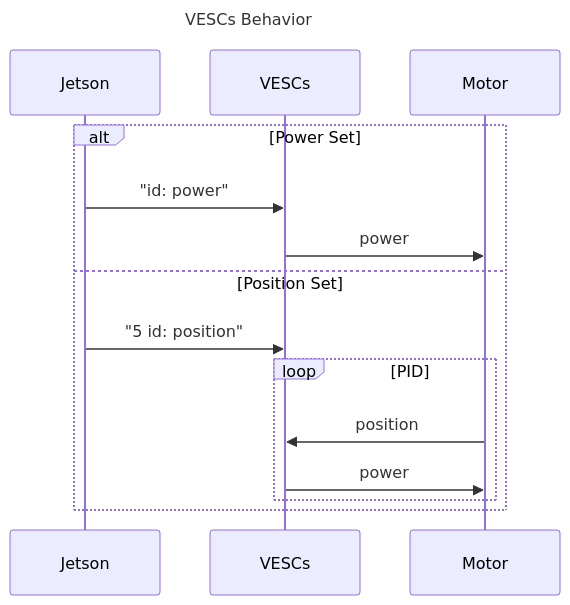
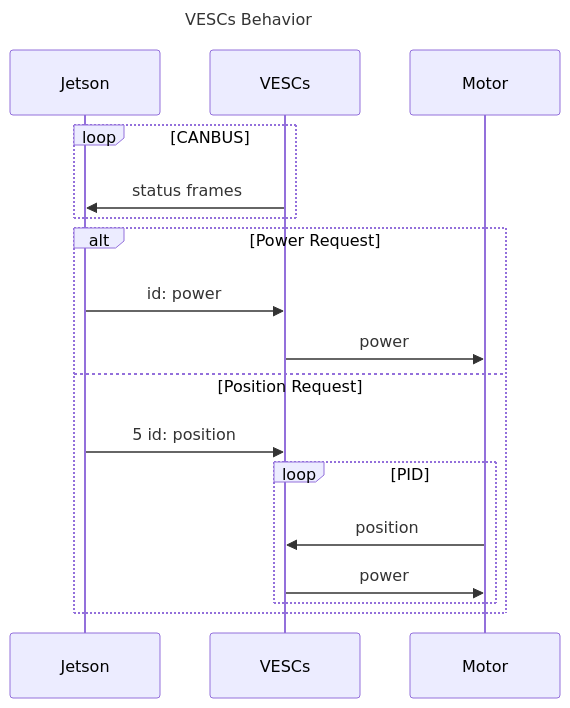
Before and after one commit to GOFIRST-Robotics/Lunabotics: the third of 3 diagrams in README.md, drawn with Mermaid. The commit also changed other lines of this file, not shown here.

````diff
--- a/README.md
+++ b/README.md
@@ -89,22 +87,26 @@
 ```mermaid
 ---
 title: VESCs Behavior
 ---
 sequenceDiagram
     participant j as Jetson
     participant v as VESCs
     participant m as Motor
 
-    alt Power Set
-        j ->> v: "id: power"
+    loop CANBUS
+        v ->> j: status frames
+    end
+
+    alt Power Request
+        j ->> v: id: power
         v ->> m: power
-    else Position Set
-        j ->> v: "5 id: position"
+    else Position Request
+        j ->> v: 5 id: position
         loop PID
             m ->> v: position
             v ->> m: power
         end
     end
     
 
 ```
````
